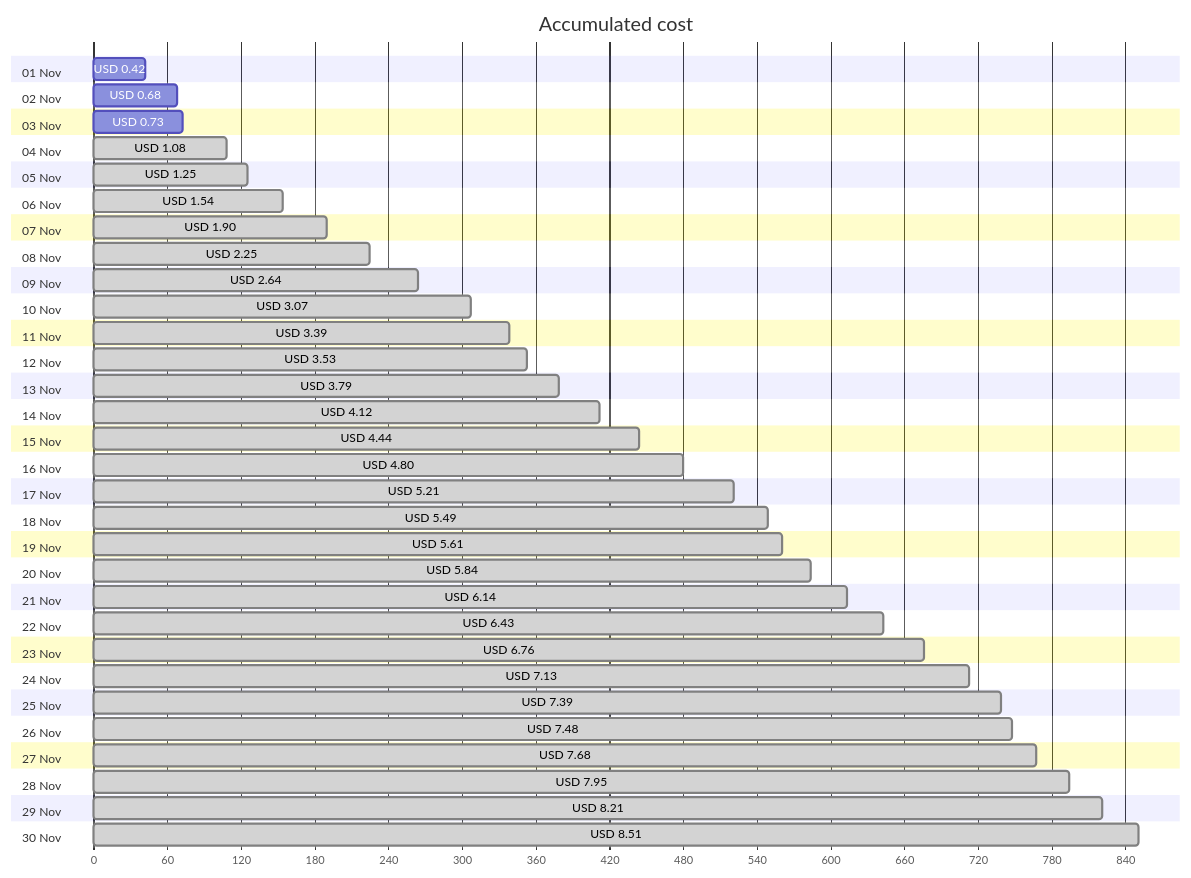
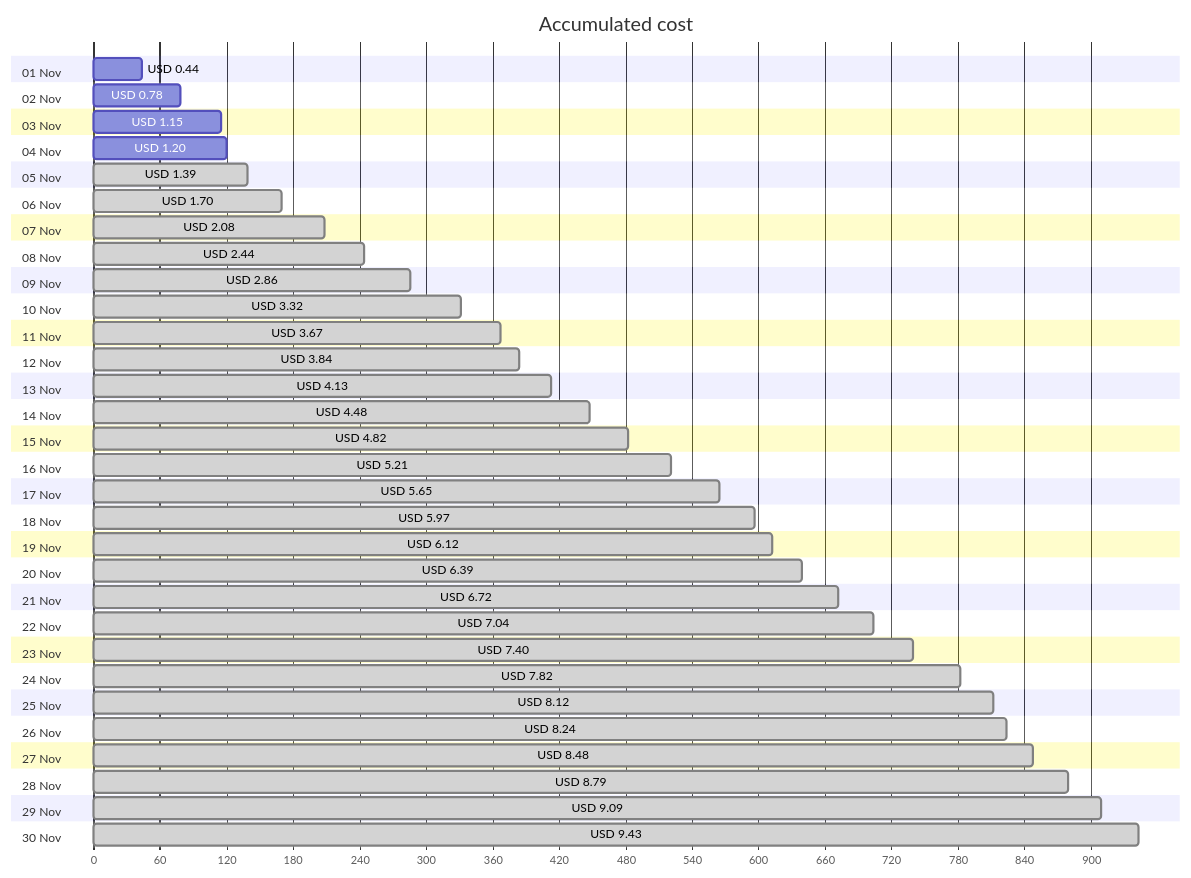
One commit to jpfulton/azure-personal-reports changed the first of 4 diagrams in cost-reports/personal-network/vpn-server.md. Above: the diagram before and after it, drawn with Mermaid. The commit also changed other lines of this file and 8 other files, not shown here.

````diff
--- a/cost-reports/personal-network/vpn-server.md
+++ b/cost-reports/personal-network/vpn-server.md
@@ -20,66 +20,66 @@
 ```mermaid
 gantt
    title Accumulated cost
    dateFormat  X
    axisFormat %s
    section 01 Nov
-   USD 0.42 :0, 42
+   USD 0.44 :0, 44
    section 02 Nov
-   USD 0.68 :0, 68
+   USD 0.78 :0, 78
    section 03 Nov
-   USD 0.73 :0, 73
+   USD 1.15 :0, 115
    section 04 Nov
-   USD 1.08 : done, 0, 108
+   USD 1.20 :0, 120
    section 05 Nov
-   USD 1.25 : done, 0, 125
+   USD 1.39 : done, 0, 139
    section 06 Nov
-   USD 1.54 : done, 0, 154
+   USD 1.70 : done, 0, 170
    section 07 Nov
-   USD 1.90 : done, 0, 190
+   USD 2.08 : done, 0, 208
    section 08 Nov
-   USD 2.25 : done, 0, 225
+   USD 2.44 : done, 0, 244
    section 09 Nov
-   USD 2.64 : done, 0, 264
+   USD 2.86 : done, 0, 286
    section 10 Nov
-   USD 3.07 : done, 0, 307
+   USD 3.32 : done, 0, 332
    section 11 Nov
-   USD 3.39 : done, 0, 339
+   USD 3.67 : done, 0, 367
    section 12 Nov
-   USD 3.53 : done, 0, 353
+   USD 3.84 : done, 0, 384
    section 13 Nov
-   USD 3.79 : done, 0, 379
+   USD 4.13 : done, 0, 413
    section 14 Nov
-   USD 4.12 : done, 0, 412
+   USD 4.48 : done, 0, 448
    section 15 Nov
-   USD 4.44 : done, 0, 444
+   USD 4.82 : done, 0, 482
    section 16 Nov
-   USD 4.80 : done, 0, 480
+   USD 5.21 : done, 0, 521
    section 17 Nov
-   USD 5.21 : done, 0, 521
+   USD 5.65 : done, 0, 565
    section 18 Nov
-   USD 5.49 : done, 0, 549
+   USD 5.97 : done, 0, 597
    section 19 Nov
-   USD 5.61 : done, 0, 561
+   USD 6.12 : done, 0, 612
    section 20 Nov
-   USD 5.84 : done, 0, 584
+   USD 6.39 : done, 0, 639
    section 21 Nov
-   USD 6.14 : done, 0, 614
+   USD 6.72 : done, 0, 672
    section 22 Nov
-   USD 6.43 : done, 0, 643
+   USD 7.04 : done, 0, 704
    section 23 Nov
-   USD 6.76 : done, 0, 676
+   USD 7.40 : done, 0, 740
    section 24 Nov
-   USD 7.13 : done, 0, 713
+   USD 7.82 : done, 0, 782
    section 25 Nov
-   USD 7.39 : done, 0, 739
+   USD 8.12 : done, 0, 812
    section 26 Nov
-   USD 7.48 : done, 0, 748
+   USD 8.24 : done, 0, 824
    section 27 Nov
-   USD 7.68 : done, 0, 768
+   USD 8.48 : done, 0, 848
    section 28 Nov
-   USD 7.95 : done, 0, 795
+   USD 8.79 : done, 0, 879
    section 29 Nov
-   USD 8.21 : done, 0, 821
+   USD 9.09 : done, 0, 909
    section 30 Nov
-   USD 8.51 : done, 0, 851
+   USD 9.43 : done, 0, 943
 ```
````
